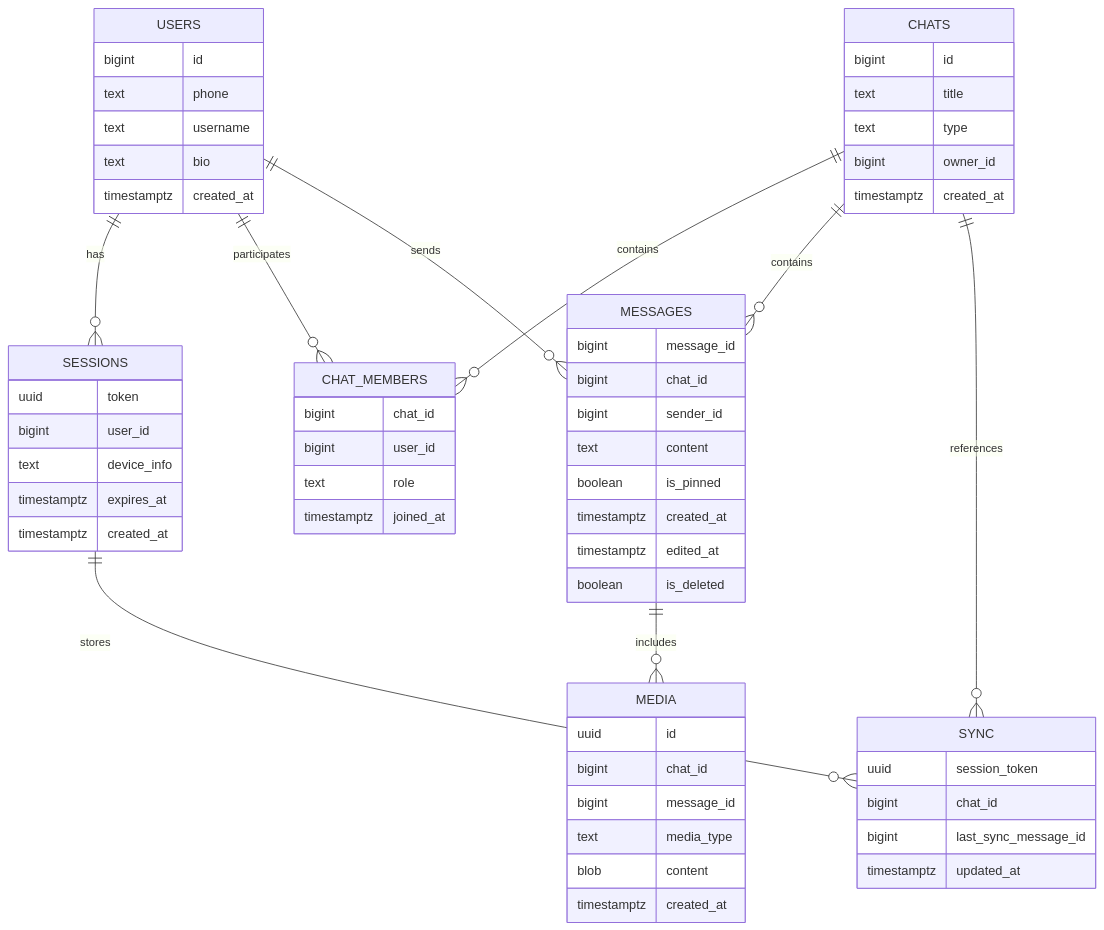
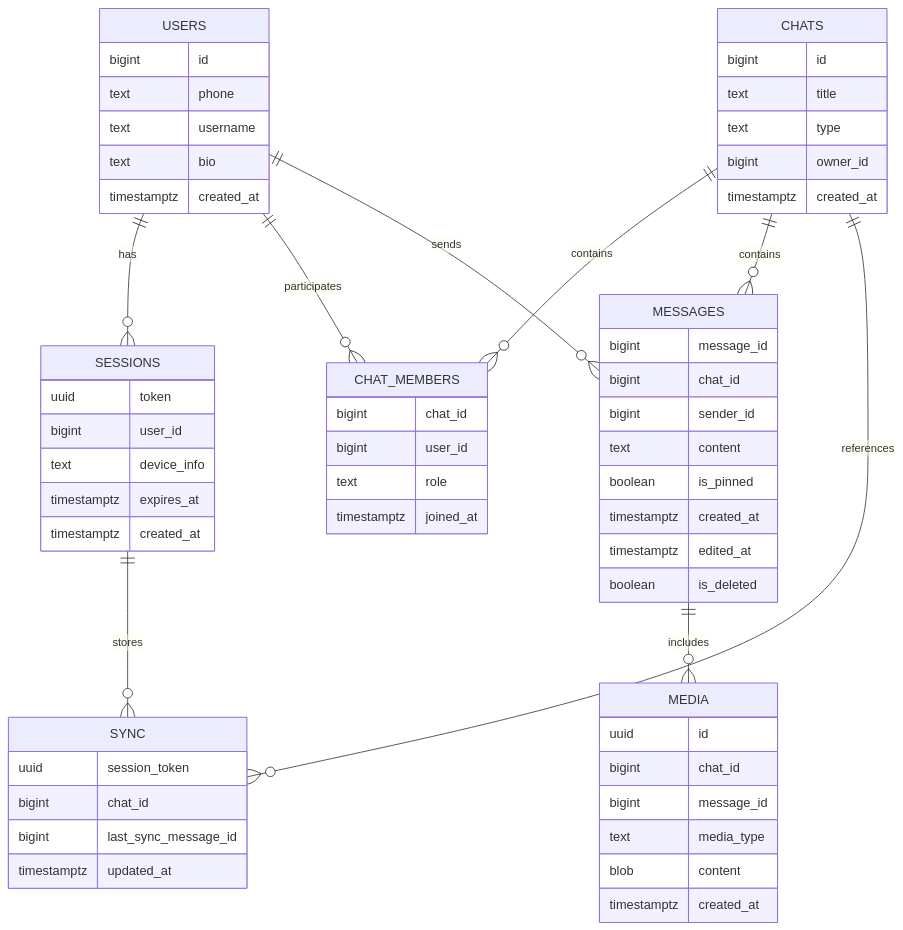
Before and after one commit to Liza05444/VK_Education_Highload: the diagram in README.md, drawn with Mermaid. The commit also changed other lines of this file, not shown here.

````diff
--- a/README.md
+++ b/README.md
@@ -252,69 +252,69 @@
 ```mermaid
 erDiagram
     USERS {
         bigint id
         text phone
         text username
         text bio
         timestamptz created_at
     }
 
     SESSIONS {
         uuid token
         bigint user_id
         text device_info
         timestamptz expires_at
         timestamptz created_at
     }
 
     CHATS {
         bigint id
         text title
         text type
         bigint owner_id
         timestamptz created_at
     }
 
     CHAT_MEMBERS {
         bigint chat_id
         bigint user_id
         text role
         timestamptz joined_at
     }
 
     MESSAGES {
         bigint message_id
         bigint chat_id
         bigint sender_id
         text content
         boolean is_pinned
         timestamptz created_at
         timestamptz edited_at
         boolean is_deleted
     }
 
+    SYNC {
+        uuid session_token
+        bigint chat_id
+        bigint last_sync_message_id
+        timestamptz updated_at
+    }
+
     MEDIA {
         uuid id
         bigint chat_id
         bigint message_id
         text media_type
         blob content
         timestamptz created_at
-    }
-
-    SYNC {
-        uuid session_token
-        bigint chat_id
-        bigint last_sync_message_id
-        timestamptz updated_at
     }
 
     USERS ||--o{ SESSIONS : has
     USERS ||--o{ CHAT_MEMBERS : participates
     CHATS ||--o{ CHAT_MEMBERS : contains
     CHATS ||--o{ MESSAGES : contains
     USERS ||--o{ MESSAGES : sends
     MESSAGES ||--o{ MEDIA : includes
     SESSIONS ||--o{ SYNC : stores
     CHATS ||--o{ SYNC : references
 ```
````
